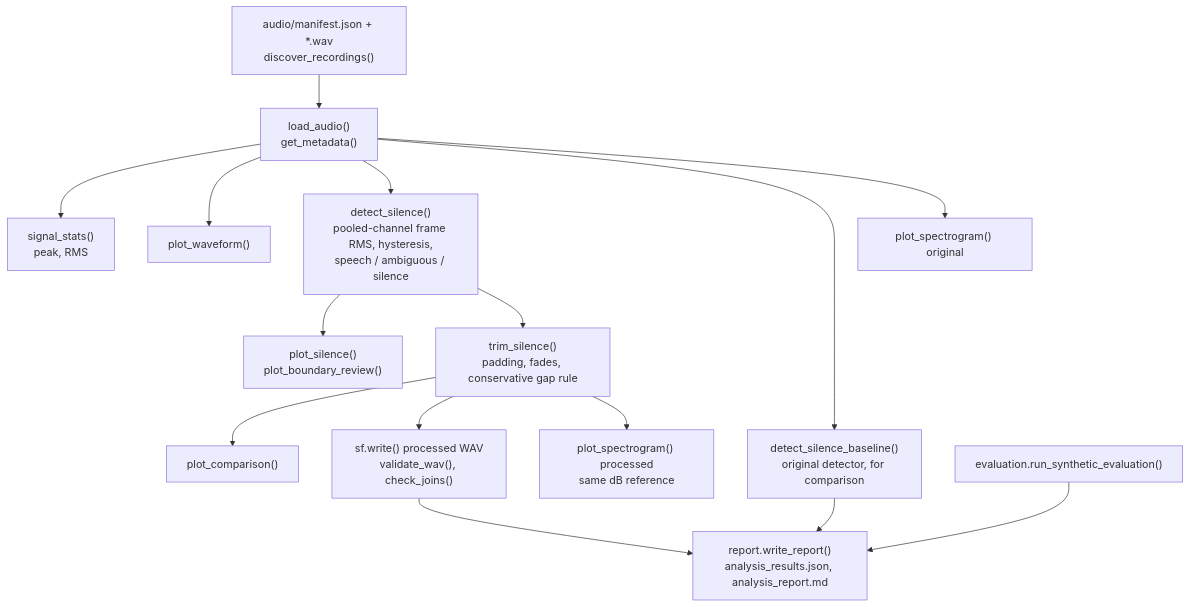
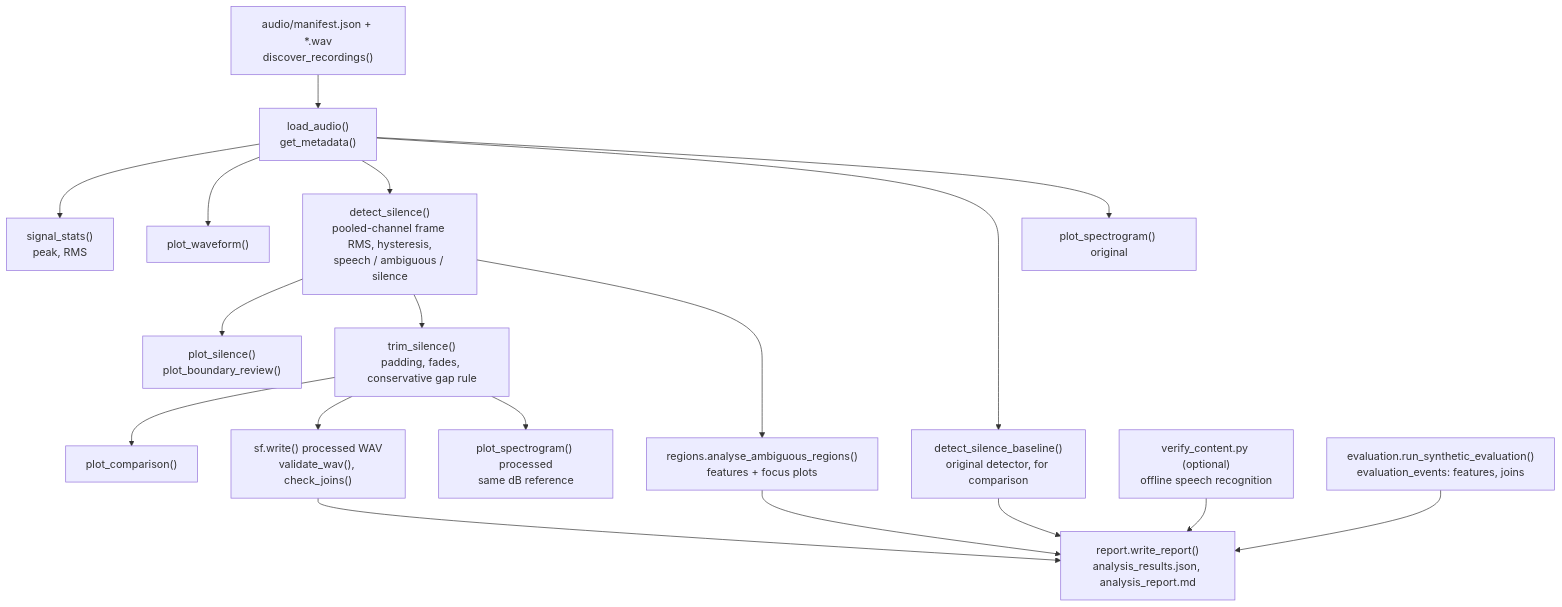
One commit to Naman21036/voice-signal-analysis changed the diagram in README.md. Above: the diagram before and after it, drawn with Mermaid. The commit also changed other lines of this file and 21 other files, not shown here.

````diff
--- a/README.md
+++ b/README.md
@@ -28,17 +28,20 @@
 ```mermaid
 flowchart TD
     A["audio/manifest.json + *.wav<br/>discover_recordings()"] --> B["load_audio()<br/>get_metadata()"]
     B --> C["signal_stats()<br/>peak, RMS"]
     B --> D["plot_waveform()"]
     B --> E["detect_silence()<br/>pooled-channel frame RMS, hysteresis,<br/>speech / ambiguous / silence"]
     B --> E0["detect_silence_baseline()<br/>original detector, for comparison"]
     E --> F["plot_silence()<br/>plot_boundary_review()"]
     E --> G["trim_silence()<br/>padding, fades, conservative gap rule"]
     G --> H["plot_comparison()"]
     G --> I["sf.write() processed WAV<br/>validate_wav(), check_joins()"]
     B --> J["plot_spectrogram() original"]
     G --> K["plot_spectrogram() processed<br/>same dB reference"]
-    X["evaluation.run_synthetic_evaluation()"] --> L
+    E --> R["regions.analyse_ambiguous_regions()<br/>features + focus plots"]
+    R --> L
+    V["verify_content.py (optional)<br/>offline speech recognition"] --> L
+    X["evaluation.run_synthetic_evaluation()<br/>evaluation_events: features, joins"] --> L
     E0 --> L
     I --> L["report.write_report()<br/>analysis_results.json, analysis_report.md"]
 ```
````
